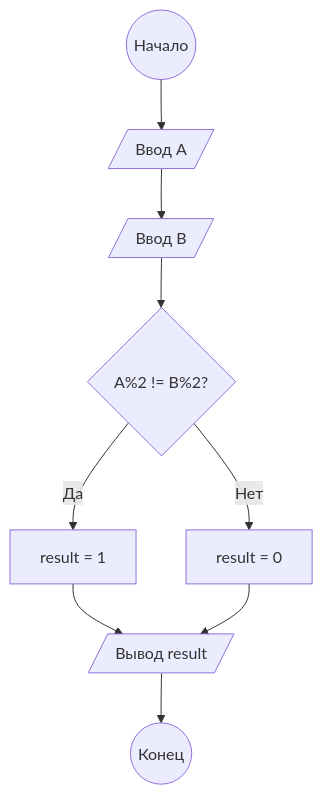
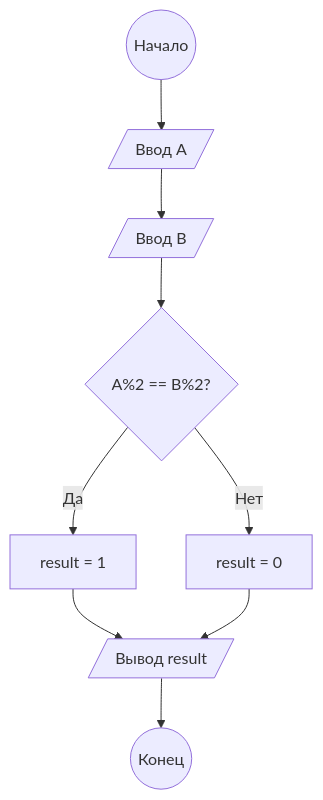
Before and after one commit to MaksFarsh/LR-4: the diagram in README.md, drawn with Mermaid.

````diff
--- a/README.md
+++ b/README.md
@@ -13,14 +13,14 @@
 ```mermaid
 graph TD
     Start((Начало)) --> InputA[/Ввод A/]
     InputA --> InputB[/Ввод B/]
-    InputB --> Condition{A%2 != B%2?}
+    InputB --> Condition{A%2 == B%2?}
     
     Condition -- Да --> SetResult1[result = 1]
     Condition -- Нет --> SetResult0[result = 0]
     
     SetResult1 --> Output[/Вывод result/]
     SetResult0 --> Output
     
     Output --> End((Конец))
 ```
````
